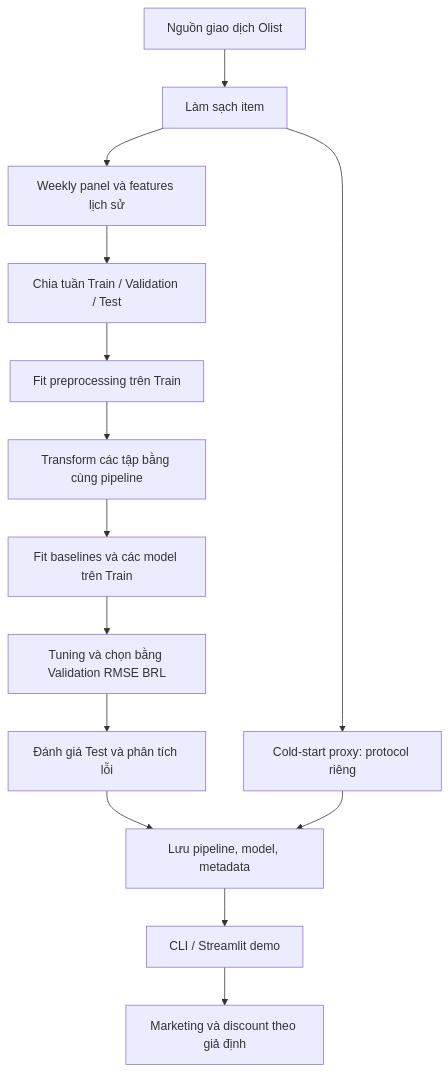
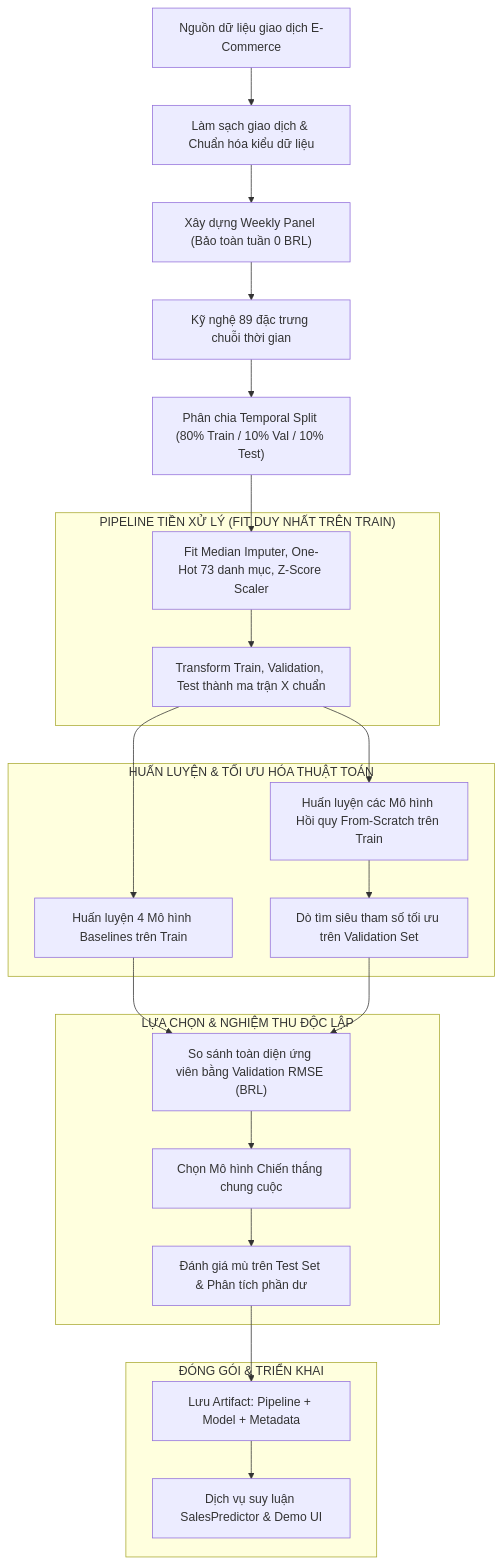
The second of 2 diagrams in docs/algorithms/design.md (iamtien77/sales_predictor), drawn with Mermaid before and after one commit. The commit also changed other lines of this file, not shown here.

Commit message:
docs: chuẩn hóa tài liệu thiết kế hệ thống theo 5W1H và target structure trước khi code

````diff
--- a/docs/algorithms/design.md
+++ b/docs/algorithms/design.md
@@ -82,16 +162,44 @@
 ```mermaid
 flowchart TD
-    A["Nguồn giao dịch Olist"] --> B["Làm sạch item"]
-    B --> C["Weekly panel và features lịch sử"]
-    C --> D["Chia tuần Train / Validation / Test"]
-    D --> E["Fit preprocessing trên Train"]
-    E --> F["Transform các tập bằng cùng pipeline"]
-    F --> G["Fit baselines và các model trên Train"]
-    G --> H["Tuning và chọn bằng Validation RMSE BRL"]
-    H --> I["Đánh giá Test và phân tích lỗi"]
-    I --> J["Lưu pipeline, model, metadata"]
-    J --> K["CLI / Streamlit demo"]
-    B --> L["Cold-start proxy: protocol riêng"]
-    L --> J
-    K --> M["Marketing và discount theo giả định"]
+    Raw["Nguồn dữ liệu giao dịch E-Commerce"] --> Clean["Làm sạch giao dịch & Chuẩn hóa kiểu dữ liệu"]
+    Clean --> Panel["Xây dựng Weekly Panel (Bảo toàn tuần 0 BRL)"]
+    Panel --> FE["Kỹ nghệ 89 đặc trưng chuỗi thời gian"]
+    FE --> Split["Phân chia Temporal Split (80% Train / 10% Val / 10% Test)"]
+    
+    subgraph PreprocessPipeline ["PIPELINE TIỀN XỬ LÝ (FIT DUY NHẤT TRÊN TRAIN)"]
+        FitPipe["Fit Median Imputer, One-Hot 73 danh mục, Z-Score Scaler"]
+        Transform["Transform Train, Validation, Test thành ma trận X chuẩn"]
+    end
+    
+    Split --> FitPipe
+    FitPipe --> Transform
+    
+    subgraph ModelTraining ["HUẤN LUYỆN & TỐI ƯU HÓA THUẬT TOÁN"]
+        B_Fit["Huấn luyện 4 Mô hình Baselines trên Train"]
+        M_Fit["Huấn luyện các Mô hình Hồi quy From-Scratch trên Train"]
+        Tune["Dò tìm siêu tham số tối ưu trên Validation Set"]
+    end
+    
+    Transform --> B_Fit
+    Transform --> M_Fit
+    M_Fit --> Tune
+    
+    subgraph ModelSelection ["LỰA CHỌN & NGHIỆM THU ĐỘC LẬP"]
+        Compare["So sánh toàn diện ứng viên bằng Validation RMSE (BRL)"]
+        Best["Chọn Mô hình Chiến thắng chung cuộc"]
+        TestEval["Đánh giá mù trên Test Set & Phân tích phần dư"]
+    end
+    
+    B_Fit --> Compare
+    Tune --> Compare
+    Compare --> Best
+    Best --> TestEval
+    
+    subgraph Packaging ["ĐÓNG GÓI & TRIỂN KHAI"]
+        Save["Lưu Artifact: Pipeline + Model + Metadata"]
+        Serve["Dịch vụ suy luận SalesPredictor & Demo UI"]
+    end
+    
+    TestEval --> Save
+    Save --> Serve
 ```
````
